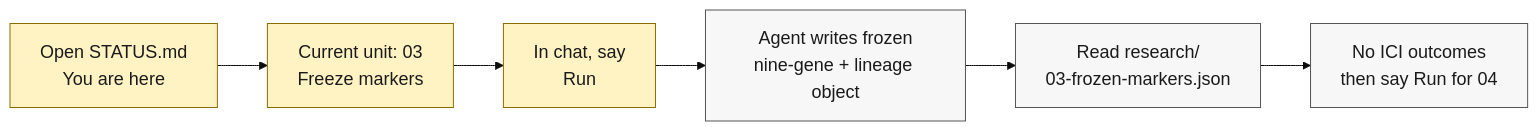
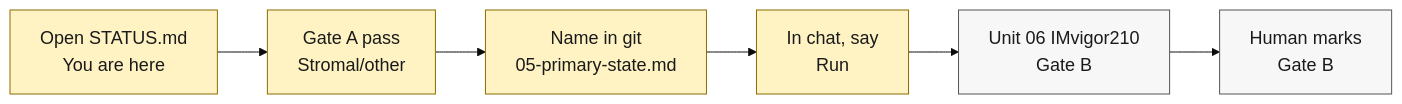
The diagram in docs/diagrams/what-to-run.mmd (cauld/scendo), drawn with Mermaid before and after one commit. The commit also changed 16 other files, not shown here.

First line of the commit message:
Freeze Units 03–05: Stromal/other as primary ECS state, Gate A pass.

```diff
--- a/docs/diagrams/what-to-run.mmd
+++ b/docs/diagrams/what-to-run.mmd
@@ -1,12 +1,12 @@
 %%{init: {"theme": "base", "themeVariables": {"fontSize": "18px", "fontFamily": "Helvetica, Arial, sans-serif"}} }%%
 flowchart LR
-  A["Open STATUS.md<br/>You are here"] --> B["Current unit: 03<br/>Freeze markers"]
-  B --> C["In chat, say<br/>Run"]
-  C --> D["Agent writes frozen<br/>nine-gene + lineage object"]
-  D --> E["Read research/<br/>03-frozen-markers.json"]
-  E --> F["No ICI outcomes<br/>then say Run for 04"]
+  A["Open STATUS.md<br/>You are here"] --> B["Gate A pass<br/>Stromal/other"]
+  B --> C["Name in git<br/>05-primary-state.md"]
+  C --> D["In chat, say<br/>Run"]
+  D --> E["Unit 06 IMvigor210<br/>Gate B"]
+  E --> F["Human marks<br/>Gate B"]
 
   classDef now fill:#FFF3C4,stroke:#8A6D00,color:#1A1A1A
   classDef step fill:#F7F7F7,stroke:#555555,color:#1A1A1A
-  class A,B,C now
-  class D,E,F step
+  class A,B,C,D now
+  class E,F step
```
